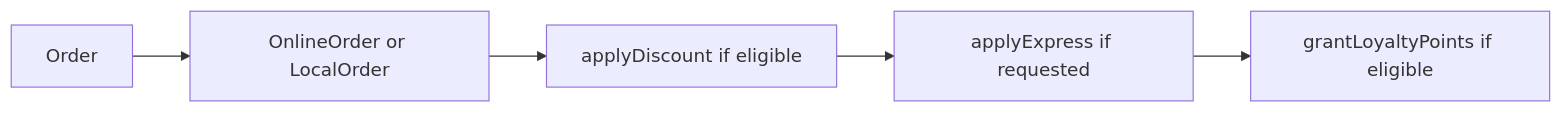
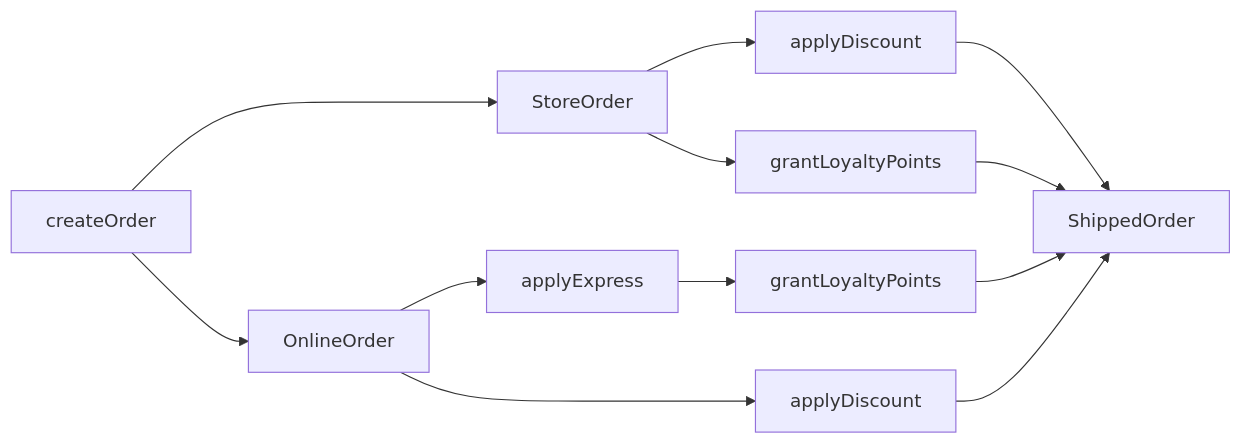
One commit to JohannesKlauss/functional-domain-modeling changed the fifth of 5 diagrams in slides.md. Above: the diagram before and after it, drawn with Mermaid. The commit also changed other lines of this file, not shown here.

Commit message:
refined slides

````diff
--- a/slides.md
+++ b/slides.md
@@ -135,7 +136,12 @@
 ```mermaid
 flowchart LR
-  Order[Order] --> Channel[OnlineOrder or LocalOrder]
-  Channel --> Discount[applyDiscount if eligible]
-  Discount --> Express[applyExpress if requested]
-  Express --> Loyalty[grantLoyaltyPoints if eligible]
+  createOrder --> StoreOrder & OnlineOrder
+  StoreOrder --> LocalDiscount[applyDiscount]
+  StoreOrder --> LocalLoyalty[grantLoyaltyPoints]
+  LocalDiscount[applyDiscount] --> ShippedOrder
+  LocalLoyalty[grantLoyaltyPoints] --> ShippedOrder
+  OnlineOrder --> OnlineDiscount[applyDiscount] 
+  OnlineOrder --> Express[applyExpress] --> OnlineLoyalty[grantLoyaltyPoints]
+  OnlineLoyalty --> ShippedOrder
+  OnlineDiscount --> ShippedOrder
 ```
````
